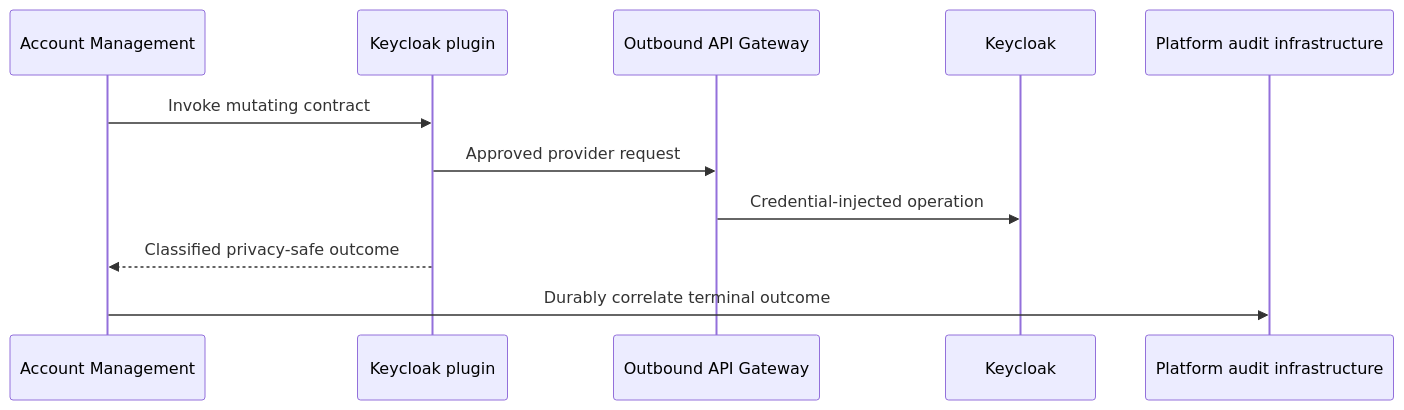
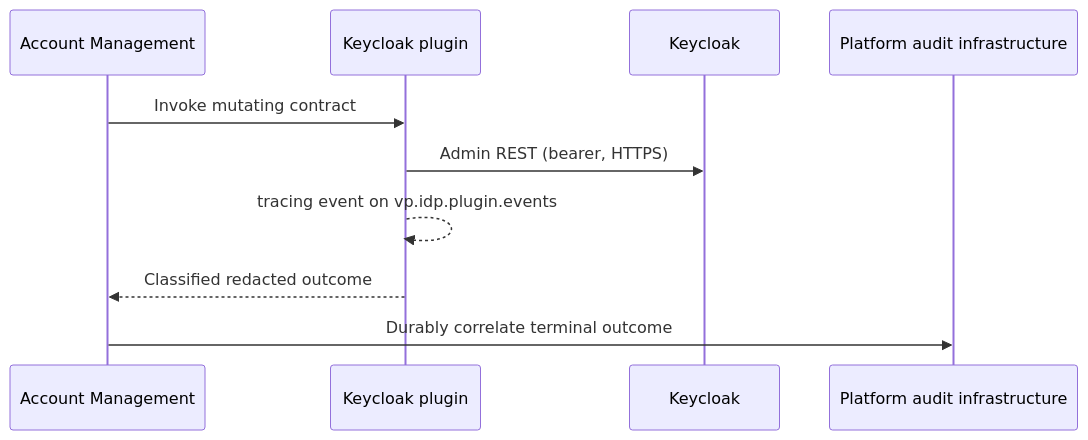
The second of 2 diagrams in gears/system/account-management/plugins/keycloak-idp-plugin/docs/DESIGN.md (constructorfabric/gears-rust), drawn with Mermaid before and after one commit. The commit also changed other lines of this file and 1 other file, not shown here.

First line of the commit message:
docs(keycloak-idp-plugin): align PRD and DESIGN with the ported implementation

````diff
--- a/gears/system/account-management/plugins/keycloak-idp-plugin/docs/DESIGN.md
+++ b/gears/system/account-management/plugins/keycloak-idp-plugin/docs/DESIGN.md
@@ -418,14 +463,13 @@
 ```mermaid
 sequenceDiagram
   participant AM as Account Management
   participant P as Keycloak plugin
-  participant G as Outbound API Gateway
   participant K as Keycloak
   participant A as Platform audit infrastructure
 
   AM->>P: Invoke mutating contract
-  P->>G: Approved provider request
-  G->>K: Credential-injected operation
-  P-->>AM: Classified privacy-safe outcome
+  P->>K: Admin REST (bearer, HTTPS)
+  P-->>P: tracing event on vp.idp.plugin.events
+  P-->>AM: Classified redacted outcome
   AM->>A: Durably correlate terminal outcome
 ```
````
